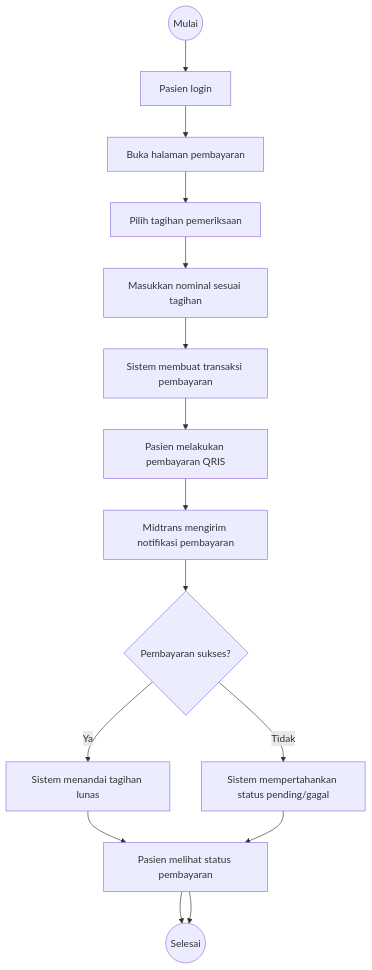
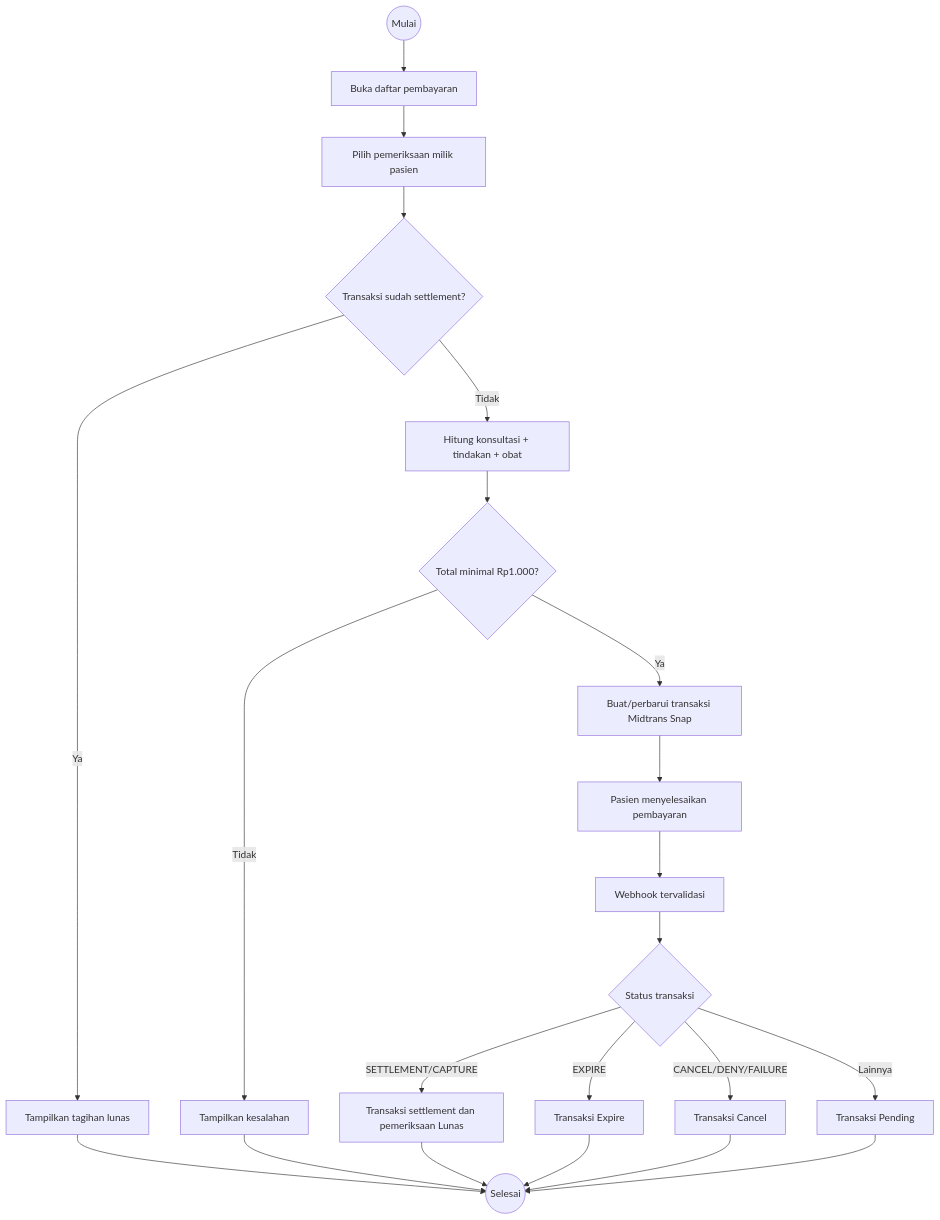
The fifth of 7 diagrams in dokumentasi/spesifikasi-proyek/activity-diagrams.md (Faathir81/Sistem-Informasi-Klinik), drawn with Mermaid before and after one commit. The commit also changed other lines of this file and 5 other files, not shown here.

Commit message:
docs: align project specifications and diagrams with current implementation

````diff
--- a/dokumentasi/spesifikasi-proyek/activity-diagrams.md
+++ b/dokumentasi/spesifikasi-proyek/activity-diagrams.md
@@ -120,20 +97,22 @@
 ```mermaid
 flowchart TD
-    start((Mulai))
-    login[Pasien login]
-    openPayment[Buka halaman pembayaran]
-    selectBill[Pilih tagihan pemeriksaan]
-    inputAmount[Masukkan nominal sesuai tagihan]
-    createPayment[Sistem membuat transaksi pembayaran]
-    pay[Pasien melakukan pembayaran QRIS]
-    webhook[Midtrans mengirim notifikasi pembayaran]
-    paid{Pembayaran sukses?}
-    markPaid[Sistem menandai tagihan lunas]
-    keepPending[Sistem mempertahankan status pending/gagal]
-    history[Pasien melihat status pembayaran]
-    finish((Selesai))
-
-    start --> login --> openPayment --> selectBill --> inputAmount --> createPayment --> pay --> webhook --> paid
-    paid -- Ya --> markPaid --> history --> finish
-    paid -- Tidak --> keepPending --> history --> finish
+    start((Mulai)) --> list[Buka daftar pembayaran]
+    list --> bill[Pilih pemeriksaan milik pasien]
+    bill --> settled{Transaksi sudah settlement?}
+    settled -- Ya --> paid[Tampilkan tagihan lunas] --> finish((Selesai))
+    settled -- Tidak --> amount[Hitung konsultasi + tindakan + obat]
+    amount --> minimum{Total minimal Rp1.000?}
+    minimum -- Tidak --> error[Tampilkan kesalahan] --> finish
+    minimum -- Ya --> snap[Buat/perbarui transaksi Midtrans Snap]
+    snap --> pay[Pasien menyelesaikan pembayaran]
+    pay --> webhook[Webhook tervalidasi]
+    webhook --> status{Status transaksi}
+    status -- SETTLEMENT/CAPTURE --> update[Transaksi settlement dan pemeriksaan Lunas]
+    status -- EXPIRE --> expire[Transaksi Expire]
+    status -- CANCEL/DENY/FAILURE --> cancel[Transaksi Cancel]
+    status -- Lainnya --> pending[Transaksi Pending]
+    update --> finish
+    expire --> finish
+    cancel --> finish
+    pending --> finish
 ```
````
